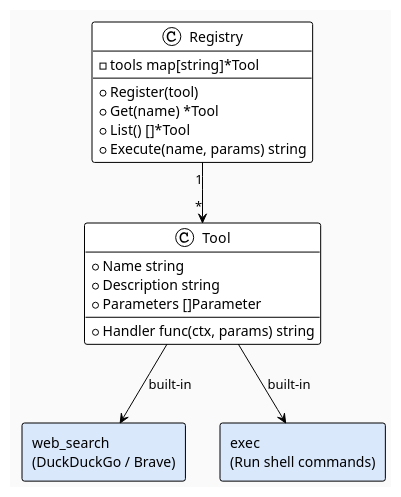
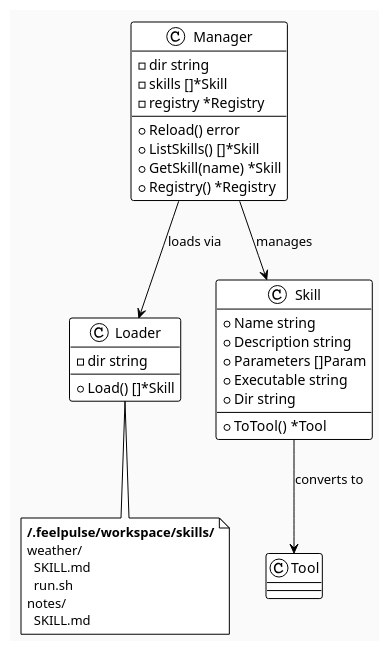
The seventh of 13 diagrams in docs/architecture.md (FeelPulse/feelpulse), drawn with PlantUML before and after one commit. The commit also changed other lines of this file and 3 other files, not shown here.

First line of the commit message:
docs: comprehensive README, TODO, and architecture updates

````diff
--- a/docs/architecture.md
+++ b/docs/architecture.md
@@ -246,29 +338,45 @@
 ```plantuml
-@startuml tools
+@startuml skills
 !theme plain
 allowmixing
 skinparam backgroundColor #FAFAFA
 
-class Registry {
-  -tools map[string]*Tool
-  +Register(tool)
-  +Get(name) *Tool
-  +List() []*Tool
-  +Execute(name, params) string
+class Manager {
+  -dir string
+  -skills []*Skill
+  -registry *Registry
+  +Reload() error
+  +ListSkills() []*Skill
+  +GetSkill(name) *Skill
+  +Registry() *Registry
 }
 
-class Tool {
+class Loader {
+  -dir string
+  +Load() []*Skill
+}
+
+class Skill {
   +Name string
   +Description string
-  +Parameters []Parameter
-  +Handler func(ctx, params) string
+  +Parameters []Param
+  +Executable string
+  +Dir string
+  +ToTool() *Tool
 }
 
-rectangle "web_search\n(DuckDuckGo / Brave)" as WS #dae8fc
-rectangle "exec\n(Run shell commands)" as EX #dae8fc
+note as SKILL
+  <b>~/.feelpulse/workspace/skills/</b>
+  weather/
+    SKILL.md
+    run.sh
+  notes/
+    SKILL.md
+end note
 
-Registry "1" --> "*" Tool
-Tool --> WS : built-in
-Tool --> EX : built-in
+Manager --> Loader : loads via
+Loader --> SKILL : parses
+Manager --> Skill : manages
+Skill --> Tool : converts to
 @enduml
 ```
````
